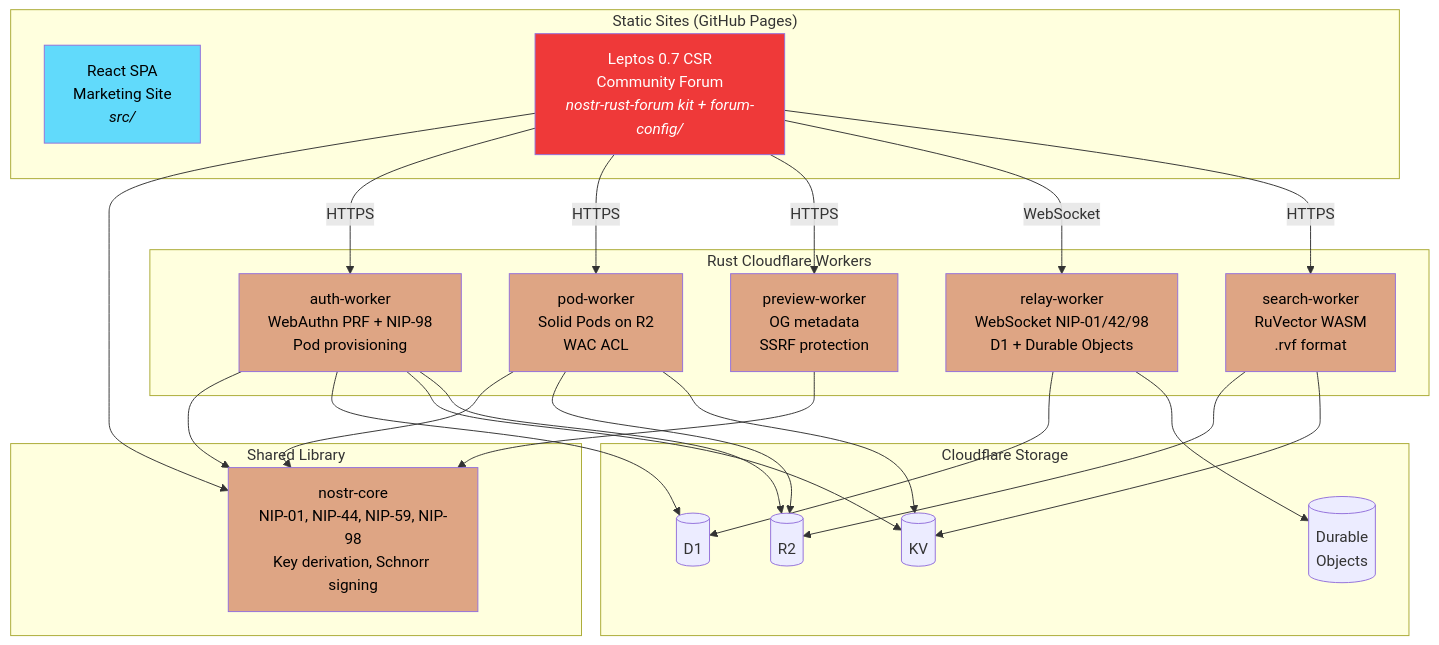
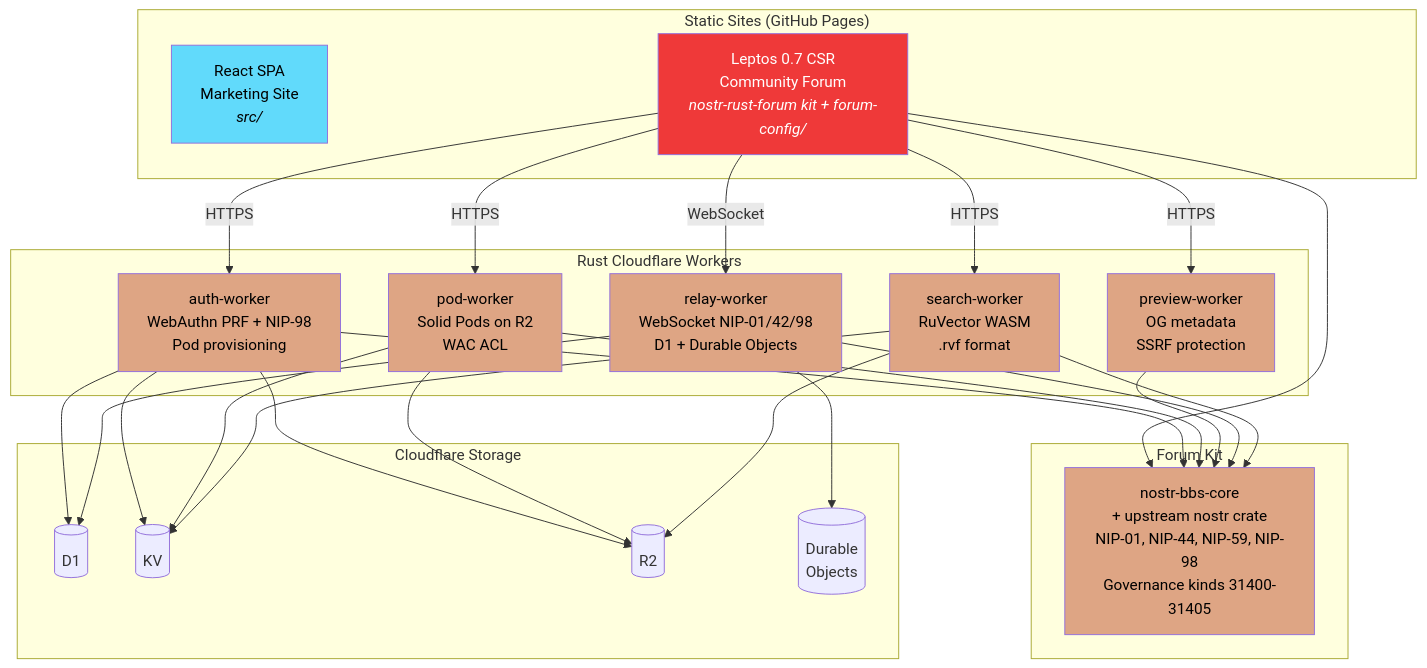
The first of 7 diagrams in docs/README.md (DreamLab-AI/dreamlab-ai-website), drawn with Mermaid before and after one commit. The commit also changed other lines of this file and 4 other files, not shown here.

````diff
--- a/docs/README.md
+++ b/docs/README.md
@@ -13,56 +13,58 @@
 ```mermaid
 graph TB
     subgraph "Static Sites (GitHub Pages)"
         REACT["React SPA<br/>Marketing Site<br/><i>src/</i>"]
         LEPTOS["Leptos 0.7 CSR<br/>Community Forum<br/><i>nostr-rust-forum kit + forum-config/</i>"]
     end
 
-    subgraph "Shared Library"
-        CORE["nostr-core<br/>NIP-01, NIP-44, NIP-59, NIP-98<br/>Key derivation, Schnorr signing"]
+    subgraph "Forum Kit"
+        CORE["nostr-bbs-core<br/>+ upstream nostr crate<br/>NIP-01, NIP-44, NIP-59, NIP-98<br/>Governance kinds 31400-31405"]
     end
 
     subgraph "Rust Cloudflare Workers"
         AUTH["auth-worker<br/>WebAuthn PRF + NIP-98<br/>Pod provisioning"]
         POD["pod-worker<br/>Solid Pods on R2<br/>WAC ACL"]
         PREVIEW["preview-worker<br/>OG metadata<br/>SSRF protection"]
         RELAY["relay-worker<br/>WebSocket NIP-01/42/98<br/>D1 + Durable Objects"]
         SEARCH["search-worker<br/>RuVector WASM<br/>.rvf format"]
     end
 
     subgraph "Cloudflare Storage"
         D1[(D1)]
         KV[(KV)]
         R2[(R2)]
         DO[(Durable<br/>Objects)]
     end
 
     LEPTOS --> CORE
     AUTH --> CORE
     POD --> CORE
     PREVIEW --> CORE
+    RELAY --> CORE
+    SEARCH --> CORE
 
     LEPTOS -- "HTTPS" --> AUTH
     LEPTOS -- "HTTPS" --> POD
     LEPTOS -- "HTTPS" --> PREVIEW
     LEPTOS -- "WebSocket" --> RELAY
     LEPTOS -- "HTTPS" --> SEARCH
 
     AUTH --> D1
     AUTH --> KV
     AUTH --> R2
     RELAY --> D1
     RELAY --> DO
     POD --> R2
     POD --> KV
     SEARCH --> R2
     SEARCH --> KV
 
     style REACT fill:#61DAFB,color:#000
     style LEPTOS fill:#ef3939,color:#fff
     style CORE fill:#dea584,color:#000
     style AUTH fill:#dea584,color:#000
     style POD fill:#dea584,color:#000
     style PREVIEW fill:#dea584,color:#000
     style RELAY fill:#dea584,color:#000
     style SEARCH fill:#dea584,color:#000
 ```
````
